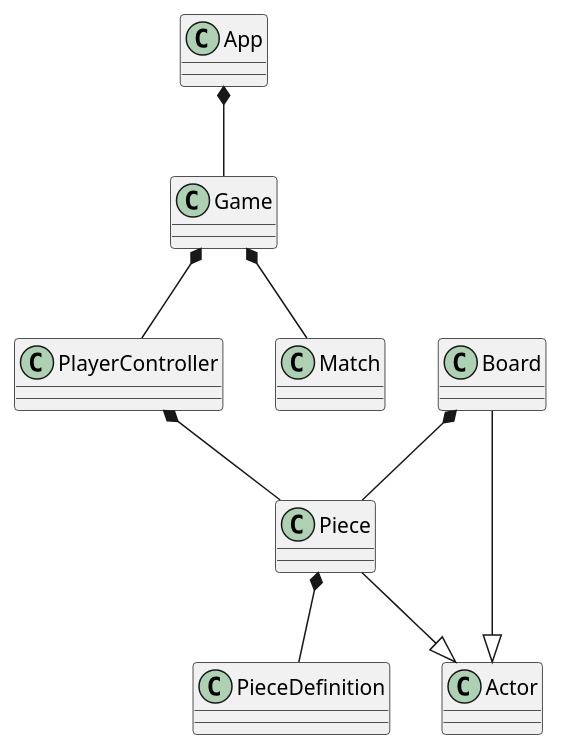
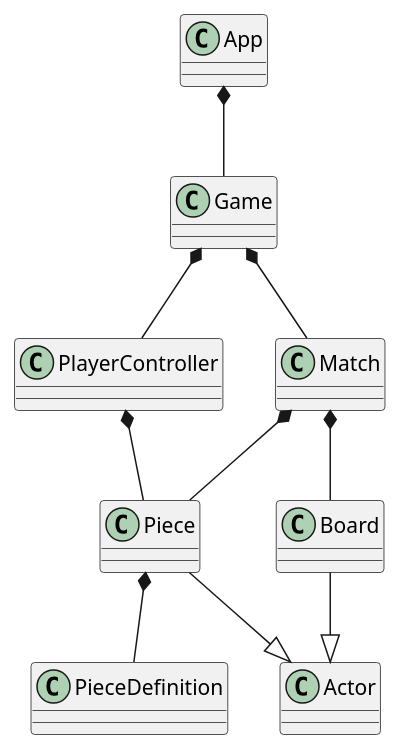
One commit to dadavidtseng/DaemonChess changed the diagram in Docs/structure.puml. Above: the diagram before and after it, drawn with PlantUML. The commit also changed 10 other files, not shown here.

Commit message:
update: setting up function framework for Match, Piece, and Board. Tested out DevConsole provides commandline with multiple variables args

```diff
--- a/Docs/structure.puml
+++ b/Docs/structure.puml
@@ -1,45 +1,46 @@
 @startuml
 
 class App
 {
 
 }
 
 class Game
 {
 }
 
 class PlayerController
 {
 }
 
 class Match
 {
 }
 
 class Piece
 {
 }
 
 class PieceDefinition
 {
 }
 
 class Board
 {
 }
 
 class Actor
 {
 }
 
 Piece --|> Actor
 Board --|> Actor
 App *-- Game
 Game *-- Match
 Game *-- PlayerController
-Board *-- Piece
 PlayerController *-- Piece
 Piece *-- PieceDefinition
+Match *-- Board
+Match *-- Piece
 
 @enduml
```
